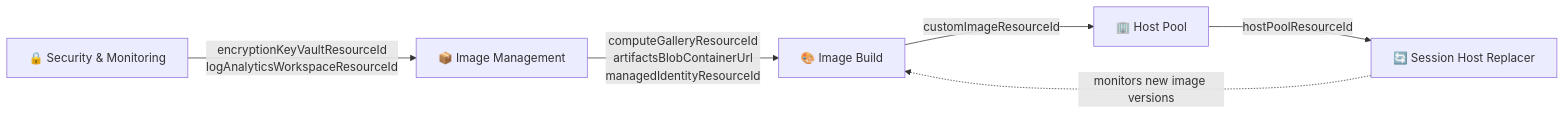
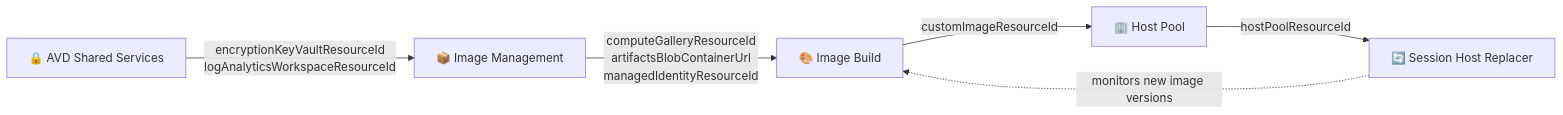
One commit to Azure/FederalAVD changed the second of 2 diagrams in docs/quick-start.md. Above: the diagram before and after it, drawn with Mermaid. The commit also changed other lines of this file and 372 other files, not shown here.

````diff
--- a/docs/quick-start.md
+++ b/docs/quick-start.md
@@ -798,8 +956,8 @@
 ```mermaid
 graph LR
-    KV[🔒 Security & Monitoring] -->|encryptionKeyVaultResourceId\nlogAnalyticsWorkspaceResourceId| IM
+    KV[🔒 AVD Shared Services] -->|encryptionKeyVaultResourceId\nlogAnalyticsWorkspaceResourceId| IM
     IM[📦 Image Management] -->|computeGalleryResourceId\nartifactsBlobContainerUrl\nmanagedIdentityResourceId| IB
     IB[🎨 Image Build] -->|customImageResourceId| HP
     HP[🏢 Host Pool] -->|hostPoolResourceId| SHR
     SHR[🔄 Session Host Replacer] -.->|monitors new image versions| IB
 ```
````
